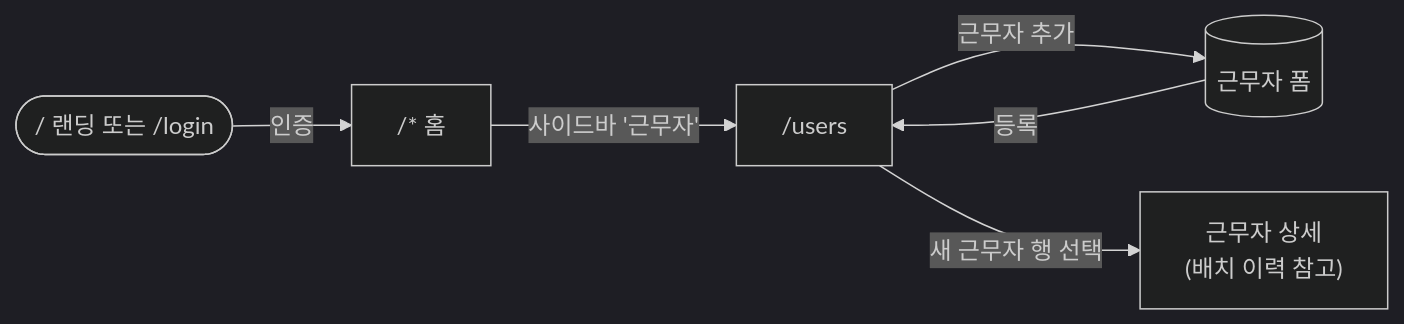
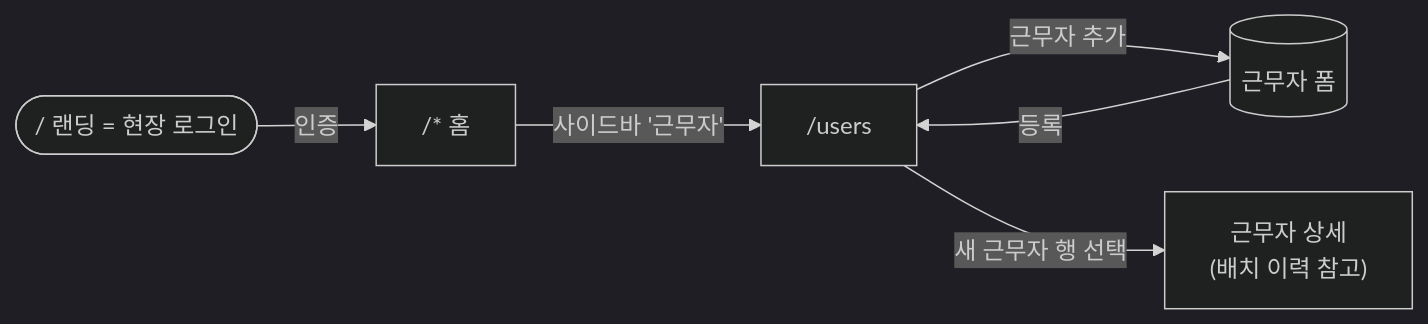
One commit to S-Tec-System-R-D/s-patrol_fe changed the fourth of 15 diagrams in docs/flow.md. Above: the diagram before and after it, drawn with Mermaid. The commit also changed other lines of this file and 6 other files, not shown here.

Commit message:
docs : 063 — spec · tasks(T1080~T1087 · 결정 표 · US3 다른 사이트 계정 차단) · CLAUDE.md B1 공개 영역 · screens 로그인 2행 · flow §0 규칙(020 착지 규칙 뒤집음) · 다이어그램 4곳 · overview · roadmap 063 행

````diff
--- a/docs/flow.md
+++ b/docs/flow.md
@@ -183,9 +179,9 @@
 ```mermaid
 %%{init: {'theme':'dark'}}%%
 flowchart LR
-    A(["/ 랜딩 또는 /login"]) -- 인증 --> C["/* 홈"]
+    A(["/ 랜딩 = 현장 로그인"]) -- 인증 --> C["/* 홈"]
     C -- "사이드바 '근무자'" --> D["/users"]
     D -- "근무자 추가" --> E[(근무자 폼)]
     E -- 등록 --> D
     D -- 새 근무자 행 선택 --> F["근무자 상세<br/>(배치 이력 참고)"]
 ```
````
